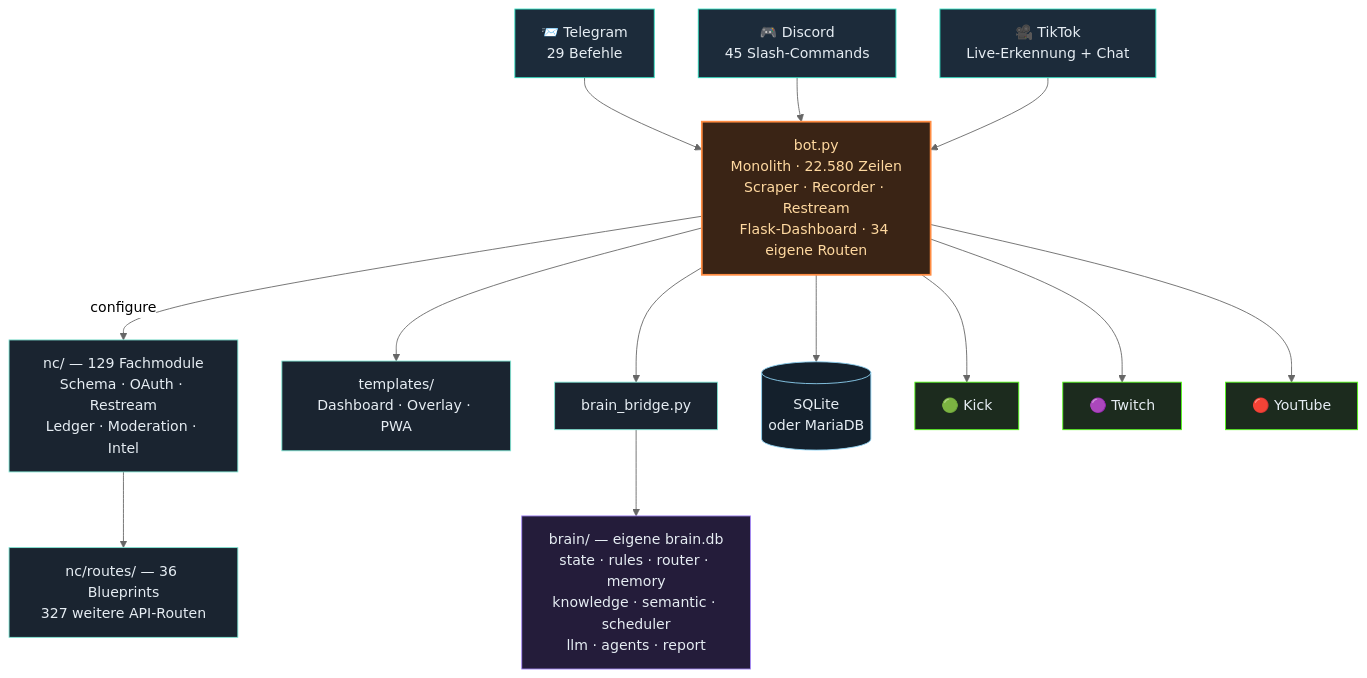
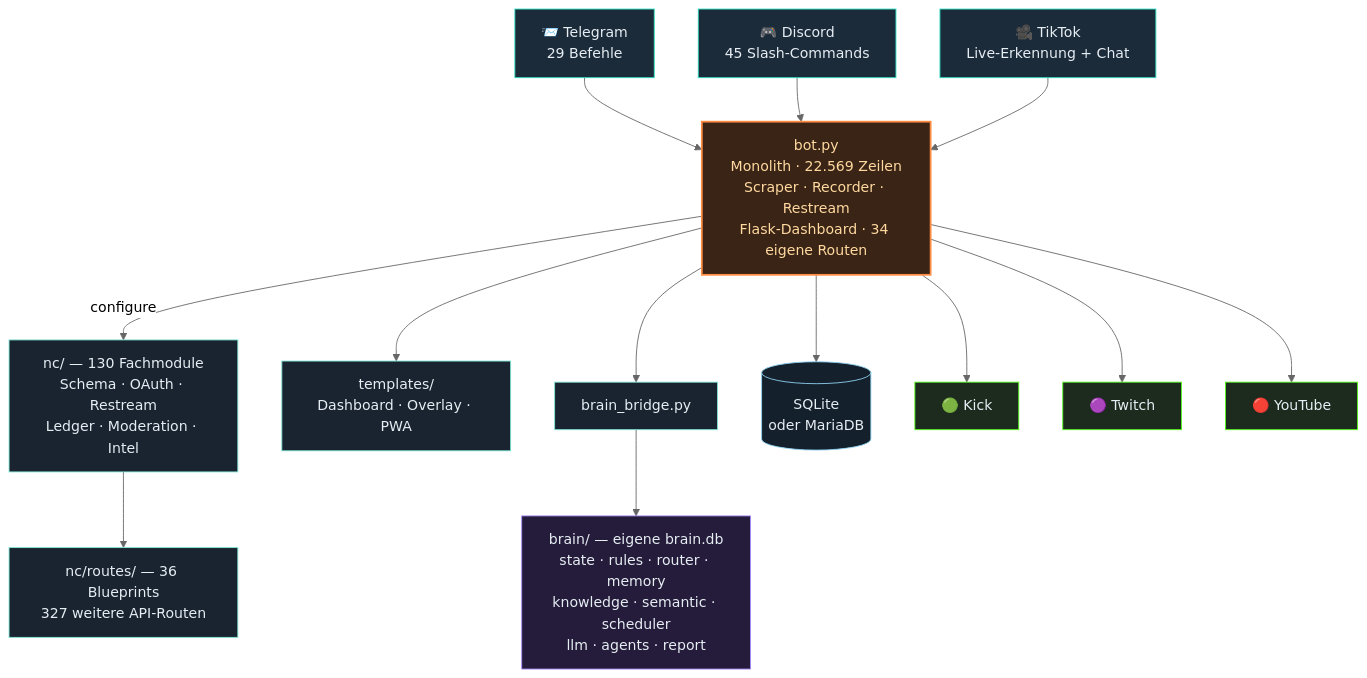
The third of 4 diagrams in README.md (itsamemedev/Telegram-Stream-Info-Bot), drawn with Mermaid (neutral theme) before and after one commit. The commit also changed other lines of this file and 8 other files, not shown here.

````diff
--- a/README.md
+++ b/README.md
@@ -189,30 +189,30 @@
 ```mermaid
 flowchart TB
     TG["📨 Telegram<br/>29 Befehle"]:::ein
     DC["🎮 Discord<br/>45 Slash-Commands"]:::ein
     TT["🎥 TikTok<br/>Live-Erkennung + Chat"]:::ein
 
     TG --> BOT
     DC --> BOT
     TT --> BOT
 
-    BOT["bot.py<br/>Monolith · 22.580 Zeilen<br/>Scraper · Recorder · Restream<br/>Flask-Dashboard · 34 eigene Routen"]:::core
+    BOT["bot.py<br/>Monolith · 22.569 Zeilen<br/>Scraper · Recorder · Restream<br/>Flask-Dashboard · 34 eigene Routen"]:::core
 
-    BOT -->|configure| NC["nc/ — 129 Fachmodule<br/>Schema · OAuth · Restream<br/>Ledger · Moderation · Intel"]:::lib
+    BOT -->|configure| NC["nc/ — 130 Fachmodule<br/>Schema · OAuth · Restream<br/>Ledger · Moderation · Intel"]:::lib
     NC --> RT["nc/routes/ — 36 Blueprints<br/>327 weitere API-Routen"]:::lib
     BOT --> TPL["templates/<br/>Dashboard · Overlay · PWA"]:::lib
     BOT --> BR["brain_bridge.py"]:::lib
     BR --> BRAIN["brain/ — eigene brain.db<br/>state · rules · router · memory<br/>knowledge · semantic · scheduler<br/>llm · agents · report"]:::brain
     BOT --> DB[("SQLite<br/>oder MariaDB")]:::db
 
     BOT --> KICK["🟢 Kick"]:::out
     BOT --> TW["🟣 Twitch"]:::out
     BOT --> YT["🔴 YouTube"]:::out
 
     classDef ein fill:#1c2b3a,stroke:#2de1c2,color:#e6edf3
     classDef core fill:#3a2415,stroke:#ff8c42,stroke-width:2px,color:#ffd9a0
     classDef lib fill:#1a2430,stroke:#7fe7d4,color:#e6edf3
     classDef brain fill:#241c3a,stroke:#a78bfa,color:#e6edf3
     classDef db fill:#14202c,stroke:#8fd3f4,color:#e6edf3
     classDef out fill:#1c2b1e,stroke:#53fc18,color:#e6edf3
 ```
````
